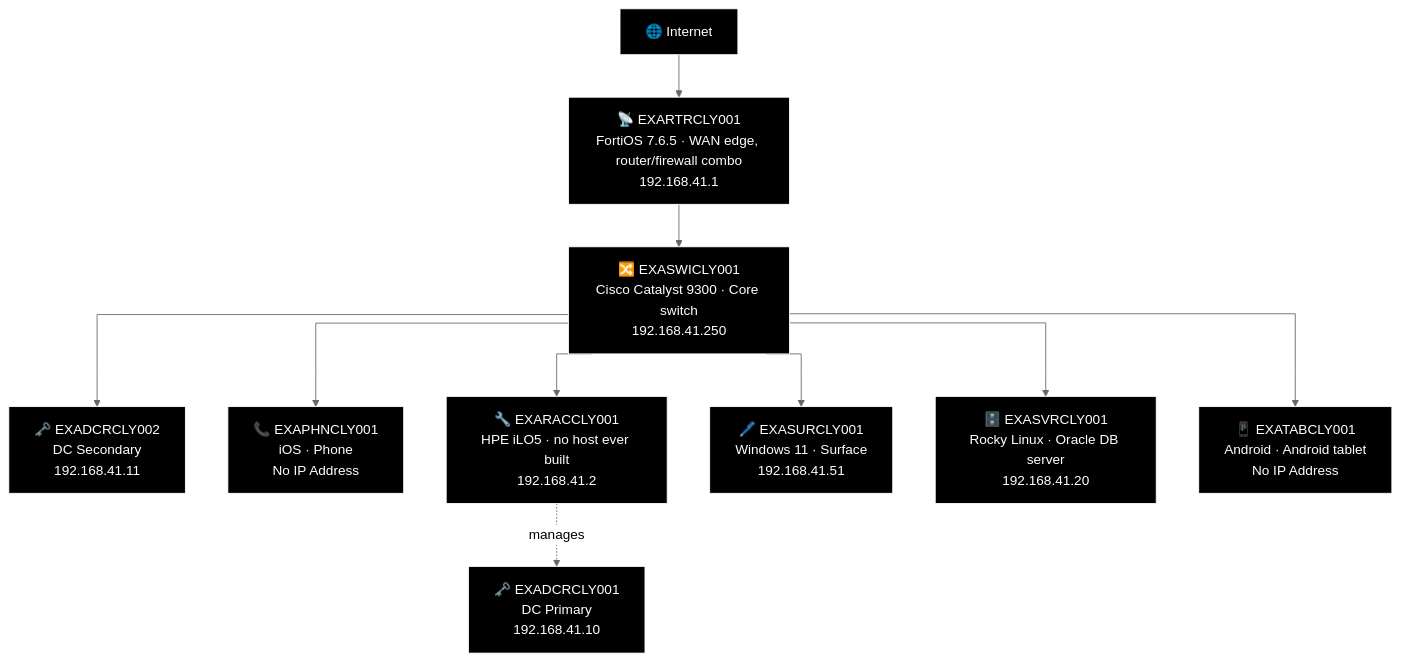
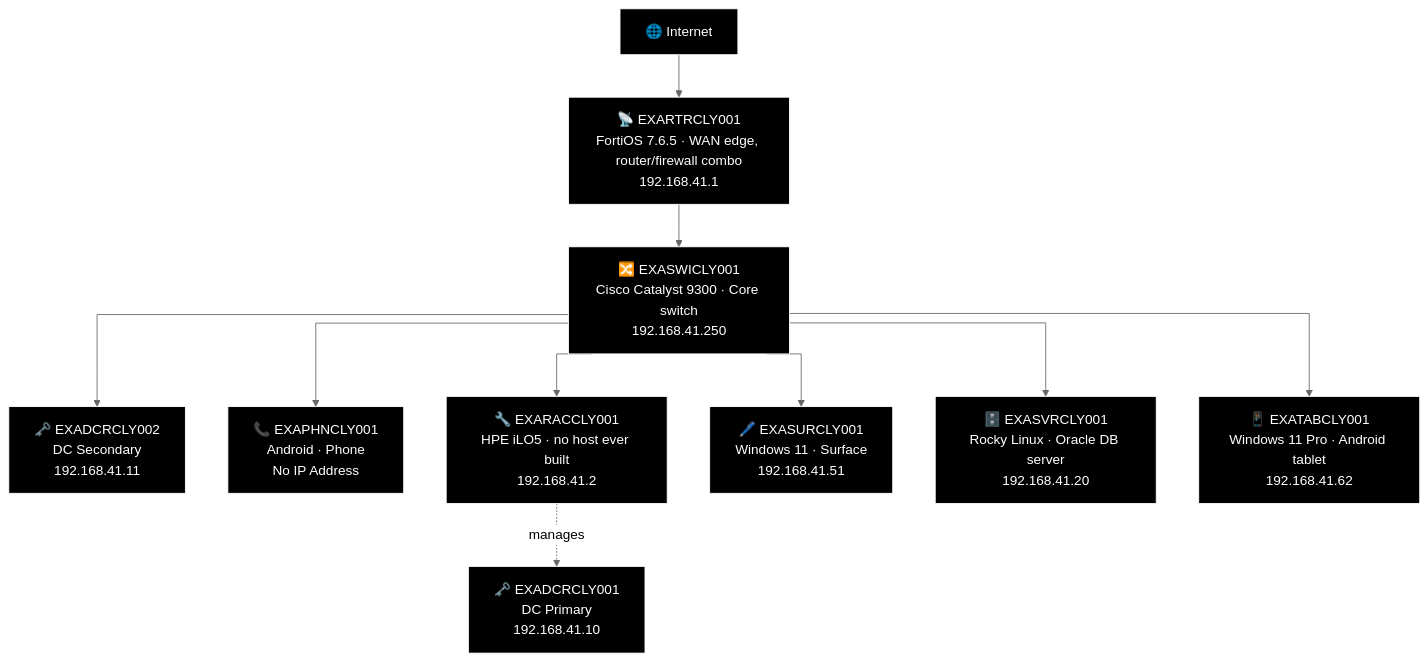
Before and after one commit to knightmare2600/example_music_infra: the tenth of 21 diagrams in docs/network-diagram/scotland.md, drawn with Mermaid (neutral theme). The commit also changed other lines of this file and 5 other files, not shown here.

````diff
--- a/docs/network-diagram/scotland.md
+++ b/docs/network-diagram/scotland.md
@@ -644,36 +649,36 @@
 ```mermaid
 %% GENERATED:OLDNETWORK:CLY:START
 %%{init: {'flowchart': {'curve': 'stepAfter'}}}%%
 graph TD
     O_INET["🌐 Internet"]
     O_RTR["📡 EXARTRCLY001<br/>FortiOS 7.6.5 · WAN edge, router/firewall combo<br/>192.168.41.1"]
     O_SWI["🔀 EXASWICLY001<br/>Cisco Catalyst 9300 · Core switch<br/>192.168.41.250"]
     O_DCR1["🗝️ EXADCRCLY001<br/>DC Primary<br/>192.168.41.10"]
     O_DCR2["🗝️ EXADCRCLY002<br/>DC Secondary<br/>192.168.41.11"]
-    O_PHN["📞 EXAPHNCLY001<br/>iOS · Phone<br/>No IP Address"]
+    O_PHN["📞 EXAPHNCLY001<br/>Android · Phone<br/>No IP Address"]
     O_RAC["🔧 EXARACCLY001<br/>HPE iLO5 · no host ever built<br/>192.168.41.2"]
     O_SUR["🖊️ EXASURCLY001<br/>Windows 11 · Surface<br/>192.168.41.51"]
     O_SVR["🗄️ EXASVRCLY001<br/>Rocky Linux · Oracle DB server<br/>192.168.41.20"]
-    O_TAB["📱 EXATABCLY001<br/>Android · Android tablet<br/>No IP Address"]
+    O_TAB["📱 EXATABCLY001<br/>Windows 11 Pro · Android tablet<br/>192.168.41.62"]
     O_INET --> O_RTR
     O_RTR --> O_SWI
     O_SWI --> O_DCR2
     O_SWI --> O_PHN
     O_SWI --> O_RAC
     O_RAC -.->|"manages"| O_DCR1
     O_SWI --> O_SUR
     O_SWI --> O_SVR
     O_SWI --> O_TAB
 
     style O_INET fill:#000000,stroke:#FFFFFF,color:#FFFFFF
     style O_RTR fill:#000000,stroke:#FFFFFF,color:#FFFFFF
     style O_SWI fill:#000000,stroke:#FFFFFF,color:#FFFFFF
     style O_DCR1 fill:#000000,stroke:#FFFFFF,color:#FFFFFF
     style O_DCR2 fill:#000000,stroke:#FFFFFF,color:#FFFFFF
     style O_PHN fill:#000000,stroke:#FFFFFF,color:#FFFFFF
     style O_RAC fill:#000000,stroke:#FFFFFF,color:#FFFFFF
     style O_SUR fill:#000000,stroke:#FFFFFF,color:#FFFFFF
     style O_SVR fill:#000000,stroke:#FFFFFF,color:#FFFFFF
     style O_TAB fill:#000000,stroke:#FFFFFF,color:#FFFFFF
 %% GENERATED:OLDNETWORK:CLY:END
 ```
````
